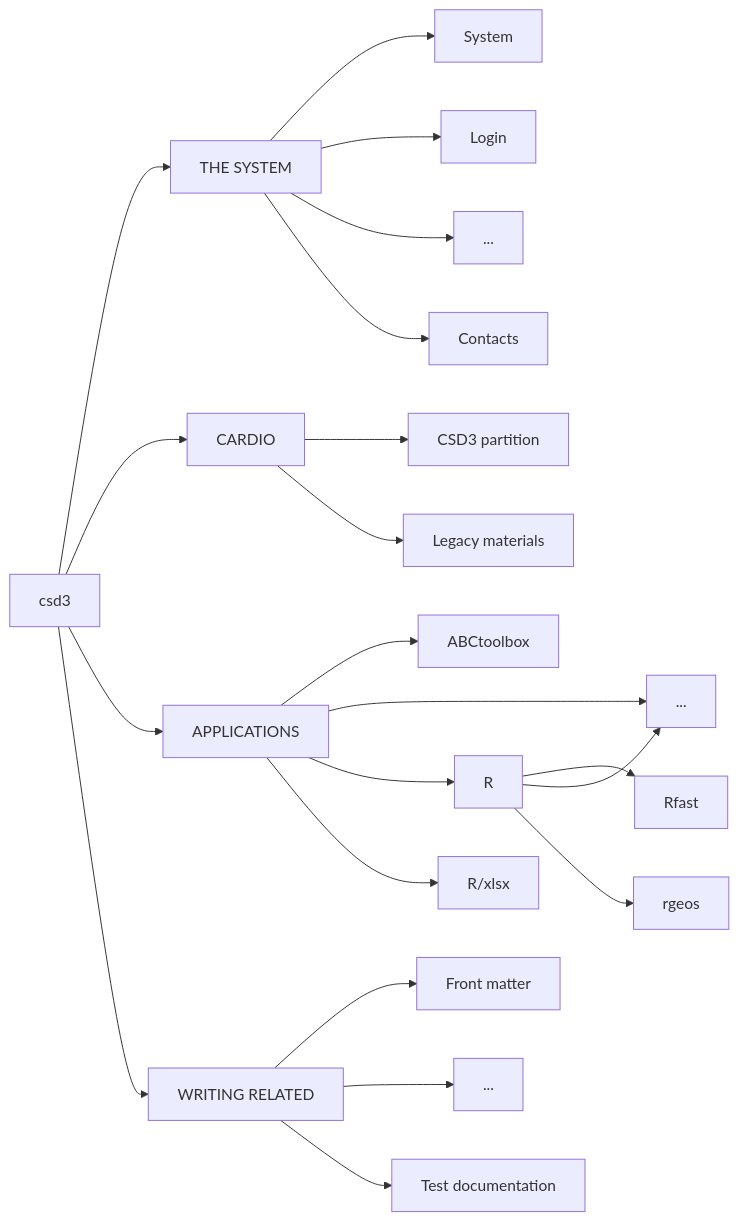
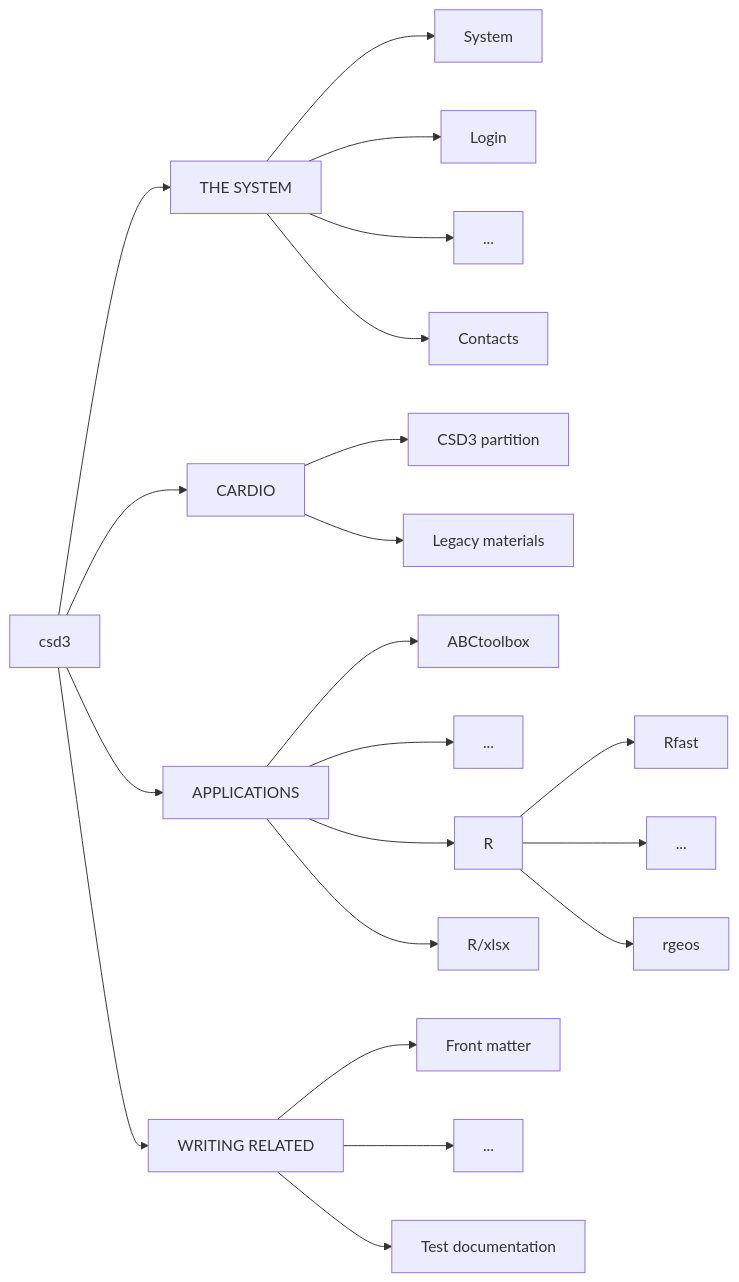
Before and after one commit to cambridge-ceu/csd3: the diagram in docs/README.md, drawn with Mermaid. The commit also changed 1 other file, not shown here.

````diff
--- a/docs/README.md
+++ b/docs/README.md
@@ -10,23 +10,23 @@
 ```mermaid
 graph LR;
 csd3 --> system["THE SYSTEM"]
 csd3 --> cardio["CARDIO"]
 csd3 --> applications["APPLICATIONS"]
 csd3 --> wr["WRITING RELATED"]
 system --> System
 system --> Login
 system --> sysdot["..."]
 system --> Contacts
 cardio --> cp["CSD3 partition"]
 cardio --> lm["Legacy materials"]
 applications --> ABCtoolbox
 applications --> appdot["..."]
 applications --> R
 R --> Rfast
-R --> appdot["..."]
+R --> Rdot["..."]
 R --> rgeos
 applications --> R/xlsx
 wr --> fr["Front matter"]
 wr --> wrdot["..."]
 wr --> td["Test documentation"]
 ```
````
